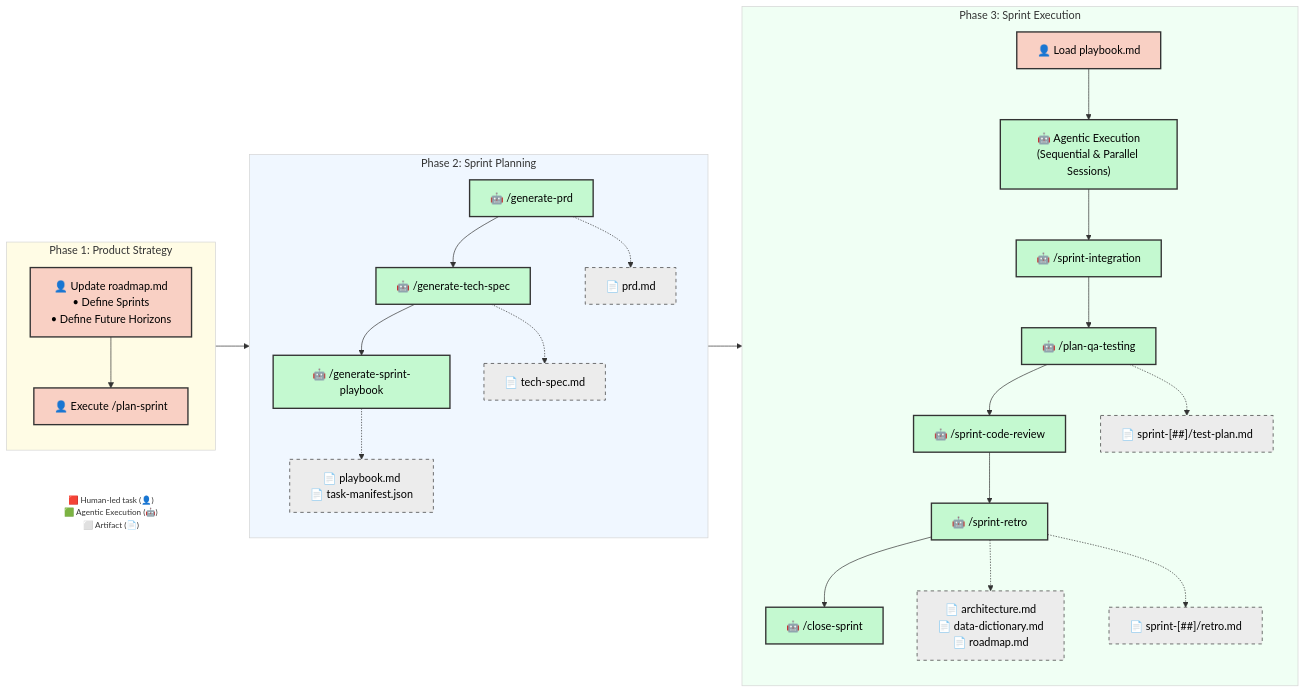
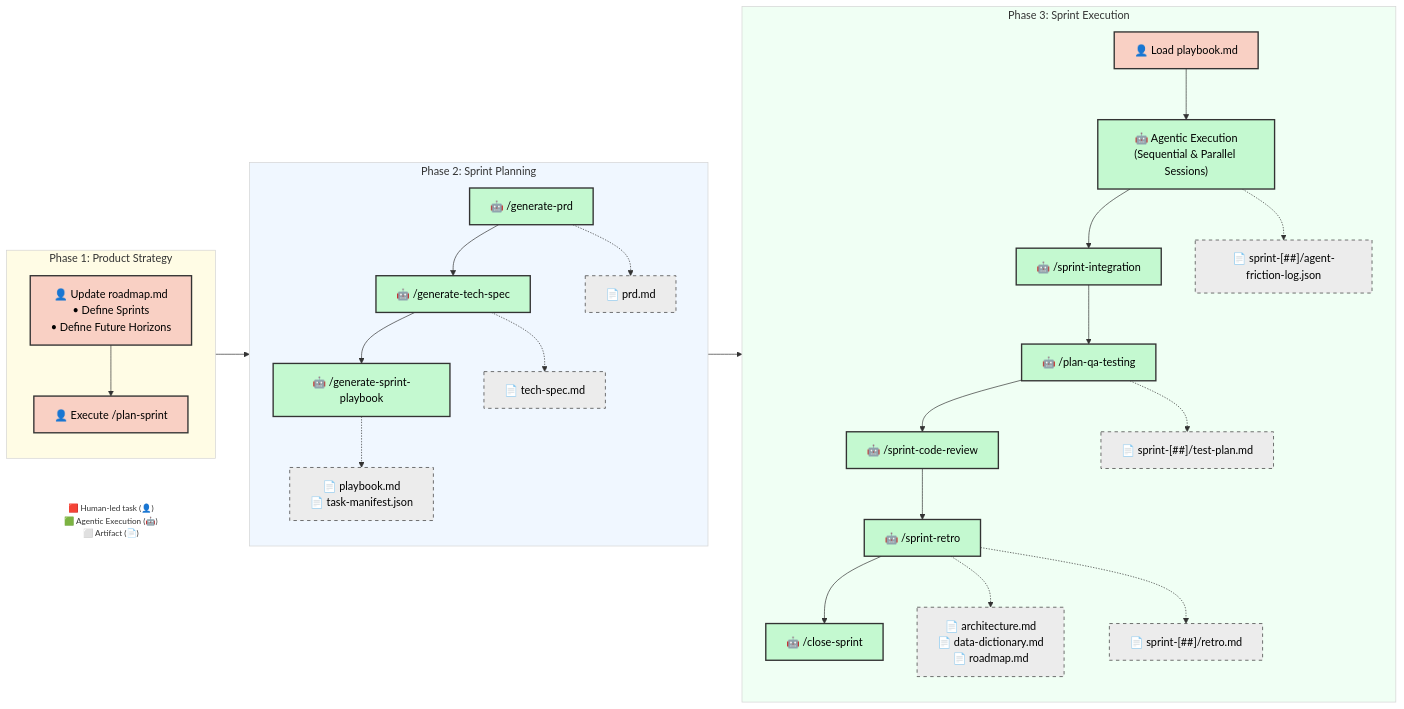
The diagram in .agents/SDLC.md (dsj1984/agent-protocols), drawn with Mermaid before and after one commit. The commit also changed other lines of this file and 6 other files, not shown here.

Commit message:
chore: version bump to 2.12.0 and introduce agent friction logging feedback loop in SDLC

````diff
--- a/.agents/SDLC.md
+++ b/.agents/SDLC.md
@@ -22,63 +22,64 @@
 ```mermaid
     graph LR
     classDef manual fill:#f9d0c4,stroke:#333,stroke-width:2px,color:#000;
     classDef agentic fill:#c4f9d0,stroke:#333,stroke-width:2px,color:#000;
     classDef artifact fill:#ececec,stroke:#333,stroke-width:1px,stroke-dasharray: 5 5,color:#000;
     classDef LegendNode fill:transparent,stroke:transparent,font-size:12px;
 
     %% Legend
     Legend["🟥 Human-led task (👤)<br/>🟩 Agentic Execution (🤖)<br/>⬜ Artifact (📄)"]:::LegendNode
 
     %% Phase 1: Product Strategy
     subgraph Phase1 ["Phase 1: Product Strategy"]
         direction TB
         B["👤 Update roadmap.md<br/>• Define Sprints<br/>• Define Future Horizons"]:::manual
         D["👤 Execute /plan-sprint"]:::manual
         B --> D
     end
 
     %% Phase 2: Automated Planning
     subgraph Phase2 ["Phase 2: Sprint Planning"]
         direction TB
         F["🤖 /generate-prd"]:::agentic
         G["🤖 /generate-tech-spec"]:::agentic
         H["🤖 /generate-sprint-playbook"]:::agentic
 
         F --> G
         G --> H
 
         F -.-> F_Art["📄 prd.md"]:::artifact
         G -.-> G_Art["📄 tech-spec.md"]:::artifact
         H -.-> H_Art["📄 playbook.md<br/>📄 task-manifest.json"]:::artifact
     end
 
     %% Phase 3: Execution & Closure
     subgraph Phase3 ["Phase 3: Sprint Execution"]
         direction TB
         I["👤 Load playbook.md"]:::manual
         J["🤖 Agentic Execution<br/>(Sequential & Parallel Sessions)"]:::agentic
         K["🤖 /sprint-integration"]:::agentic
         L["🤖 /plan-qa-testing"]:::agentic
         O["🤖 /sprint-code-review"]:::agentic
         P["🤖 /sprint-retro"]:::agentic
         Q2["🤖 /close-sprint"]:::agentic
 
         I --> J
         J --> K
         K --> L
         L --> O
         O --> P
         P --> Q2
 
         L -.-> L_Art["📄 sprint-[##]/test-plan.md"]:::artifact
+        J -.-> J_Log["📄 sprint-[##]/agent-friction-log.json"]:::artifact
         P -.-> Q["📄 architecture.md<br/>📄 data-dictionary.md<br/>📄 roadmap.md"]:::artifact
         P -.-> R["📄 sprint-[##]/retro.md"]:::artifact
     end
 
     style Phase1 fill:#fffce5,stroke:#d4d4d4,padding:0px
     style Phase2 fill:#f0f7ff,stroke:#d4d4d4,padding:0px
     style Phase3 fill:#f0fff4,stroke:#d4d4d4,padding:0px
 
     D --> F
     H_Art --> I
 ```
````
